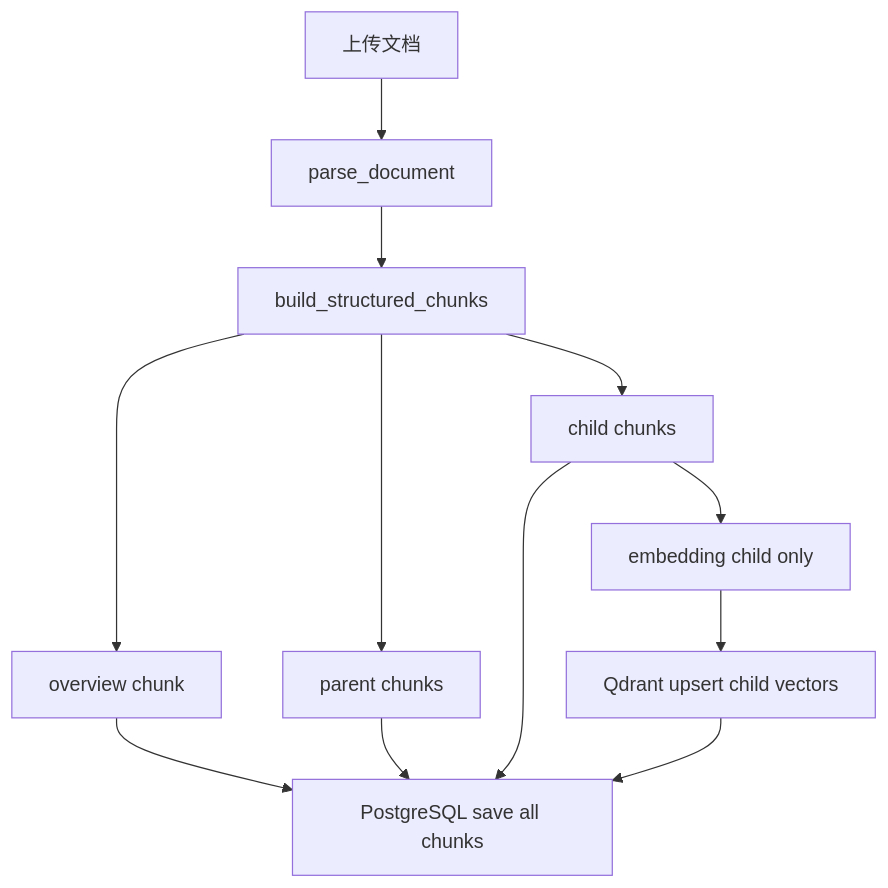
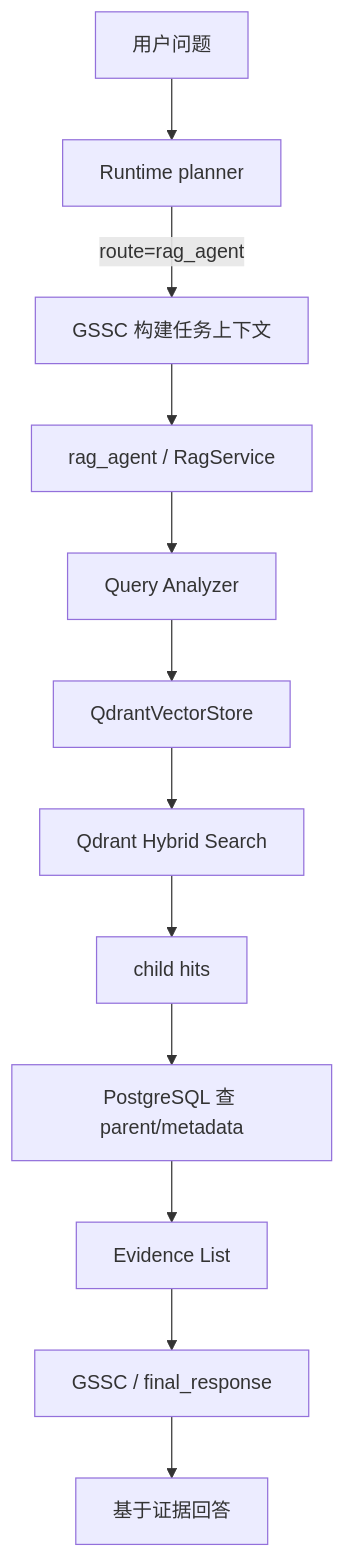
One commit to Ordish-cell/InsightGap-Agent changed diagram 12 of 27 in agent面试.md. Above: the diagram before and after it, drawn with Mermaid. The commit also changed other lines of this file and 16 other files, not shown here.

````diff
--- a/agent面试.md
+++ b/agent面试.md
@@ -1658,14 +890,14 @@
 ```mermaid
 flowchart TD
-    A["上传文档"] --> B["parse_document"]
-    B --> C["build_structured_chunks"]
-    C --> D["overview chunk"]
-    C --> E["parent chunks"]
-    C --> F["child chunks"]
-    F --> G["embedding child only"]
-    G --> H["Qdrant upsert child vectors"]
-    D --> I["PostgreSQL save all chunks"]
-    E --> I
-    F --> I
-    H --> I
+    U["用户问题"] --> RT["Runtime planner"]
+    RT -->|route=rag_agent| GSSC["GSSC 构建任务上下文"]
+    GSSC --> RAG["rag_agent / RagService"]
+    RAG --> AN["Query Analyzer"]
+    AN --> VS["QdrantVectorStore"]
+    VS --> QD["Qdrant Hybrid Search"]
+    QD --> HIT["child hits"]
+    HIT --> PG["PostgreSQL 查 parent/metadata"]
+    PG --> EV["Evidence List"]
+    EV --> GSSC2["GSSC / final_response"]
+    GSSC2 --> OUT["基于证据回答"]
 ```
````
